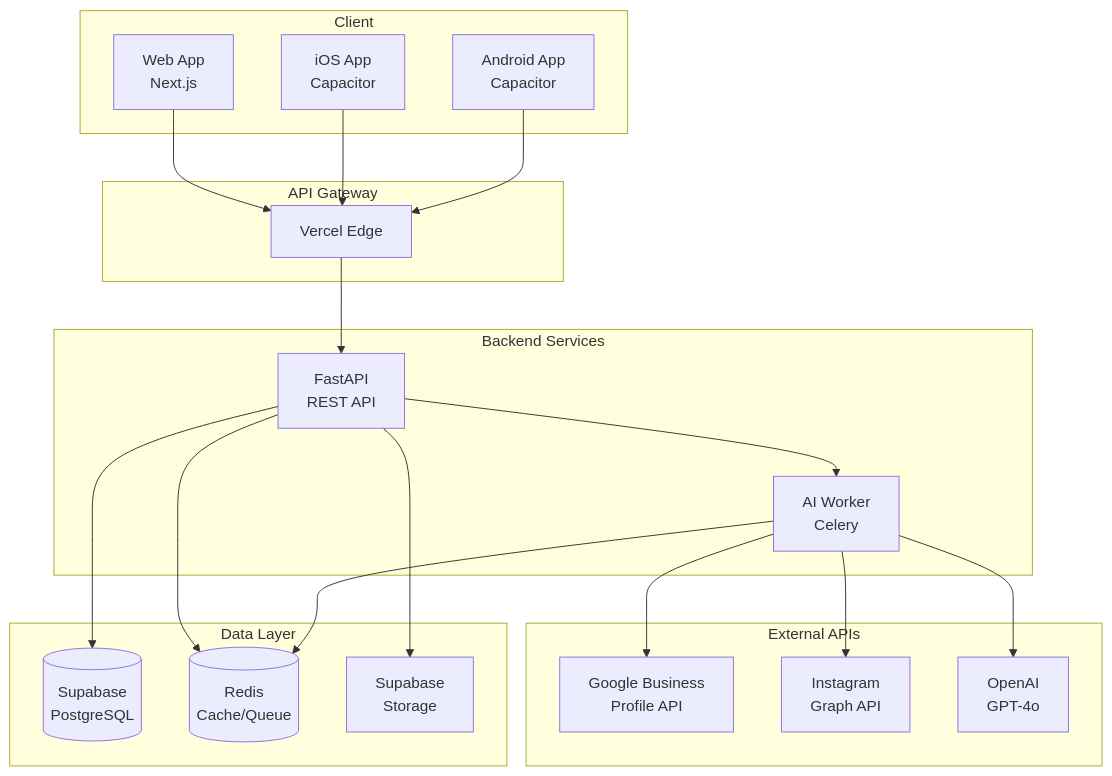
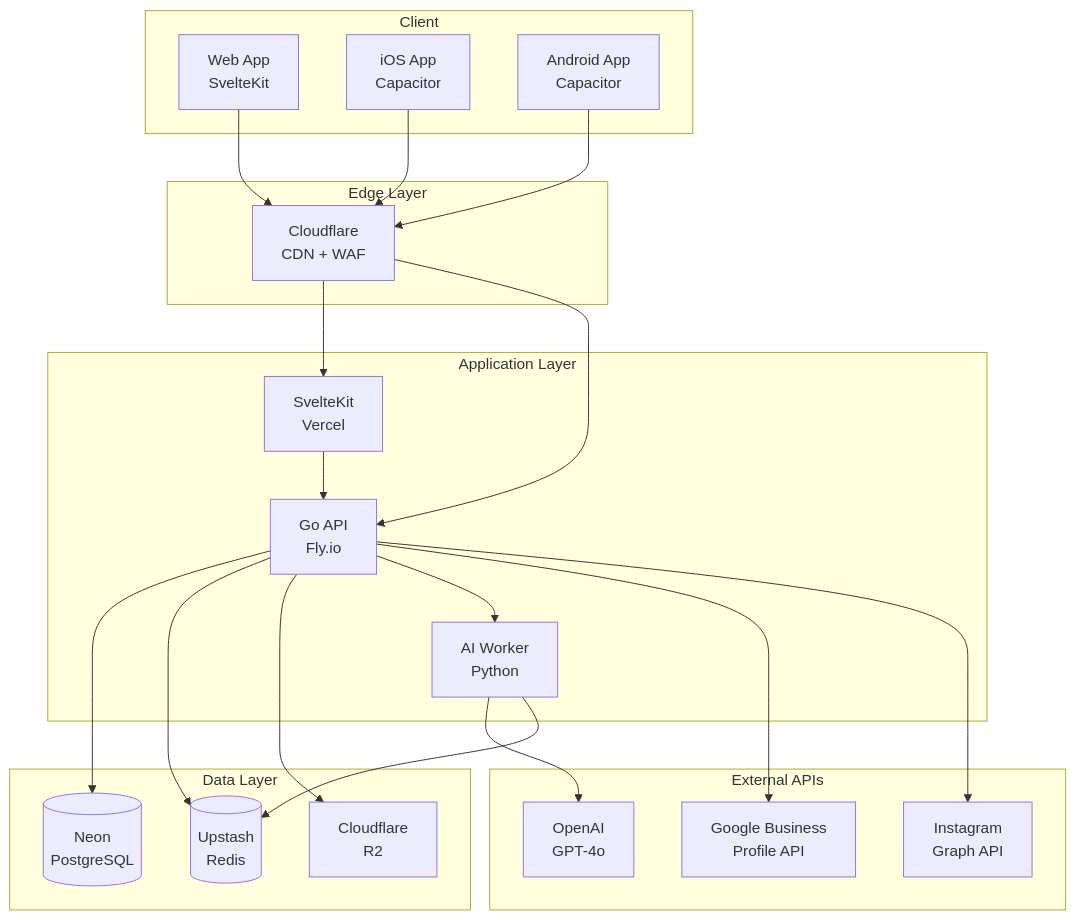
One commit to Prometheus-P/salon-mate changed the third of 4 diagrams in CONTEXT.md. Above: the diagram before and after it, drawn with Mermaid. The commit also changed other lines of this file and 30 other files, not shown here.

First line of the commit message:
feat: migrate tech stack to SvelteKit + Go + Python

````diff
--- a/CONTEXT.md
+++ b/CONTEXT.md
@@ -228,44 +241,48 @@
 ```mermaid
 graph TB
     subgraph Client
-        WEB[Web App<br/>Next.js]
+        WEB[Web App<br/>SvelteKit]
         IOS[iOS App<br/>Capacitor]
         AND[Android App<br/>Capacitor]
     end
 
-    subgraph API Gateway
-        VERCEL[Vercel Edge]
+    subgraph Edge Layer
+        CF[Cloudflare<br/>CDN + WAF]
     end
 
-    subgraph Backend Services
-        API[FastAPI<br/>REST API]
-        WORKER[AI Worker<br/>Celery]
+    subgraph Application Layer
+        FE[SvelteKit<br/>Vercel]
+        API[Go API<br/>Fly.io]
+        AI[AI Worker<br/>Python]
     end
 
     subgraph External APIs
         GOOGLE[Google Business<br/>Profile API]
         INSTA[Instagram<br/>Graph API]
         OPENAI[OpenAI<br/>GPT-4o]
     end
 
     subgraph Data Layer
-        DB[(Supabase<br/>PostgreSQL)]
-        REDIS[(Redis<br/>Cache/Queue)]
-        STORAGE[Supabase<br/>Storage]
+        DB[(Neon<br/>PostgreSQL)]
+        REDIS[(Upstash<br/>Redis)]
+        STORAGE[Cloudflare<br/>R2]
     end
 
-    WEB --> VERCEL
-    IOS --> VERCEL
-    AND --> VERCEL
+    WEB --> CF
+    IOS --> CF
+    AND --> CF
 
-    VERCEL --> API
+    CF --> FE
+    CF --> API
+
+    FE --> API
     API --> DB
     API --> REDIS
     API --> STORAGE
-    API --> WORKER
+    API --> AI
 
-    WORKER --> OPENAI
-    WORKER --> GOOGLE
-    WORKER --> INSTA
-    WORKER --> REDIS
+    AI --> OPENAI
+    AI --> REDIS
+    API --> GOOGLE
+    API --> INSTA
 ```
````
